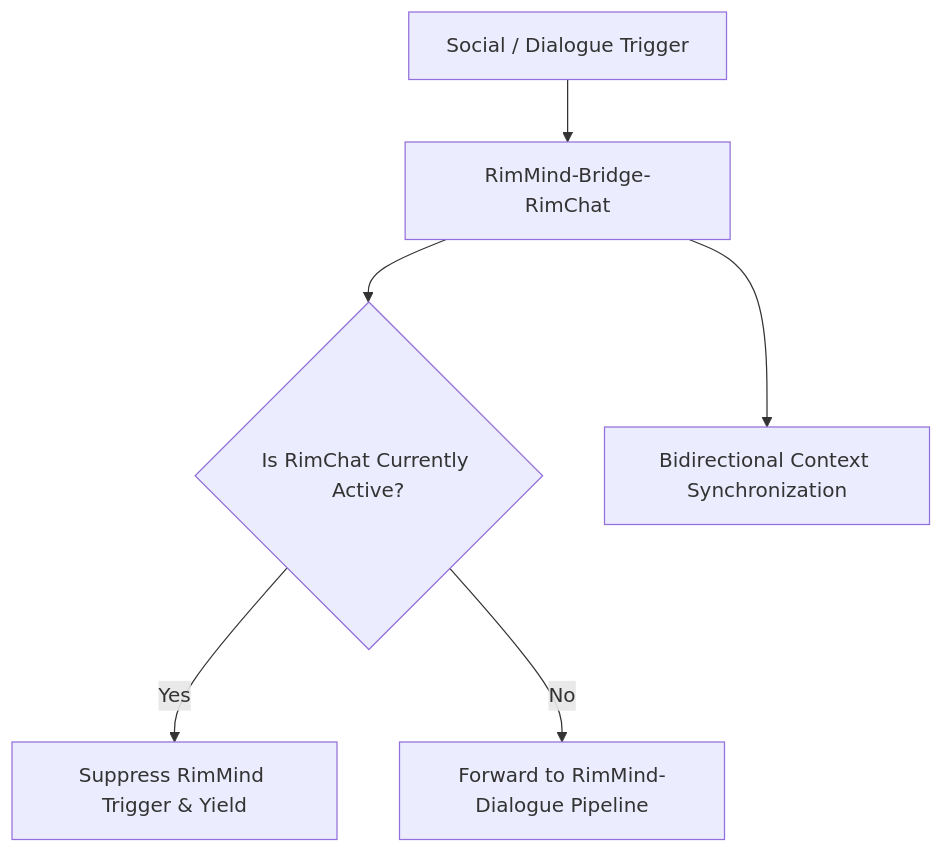
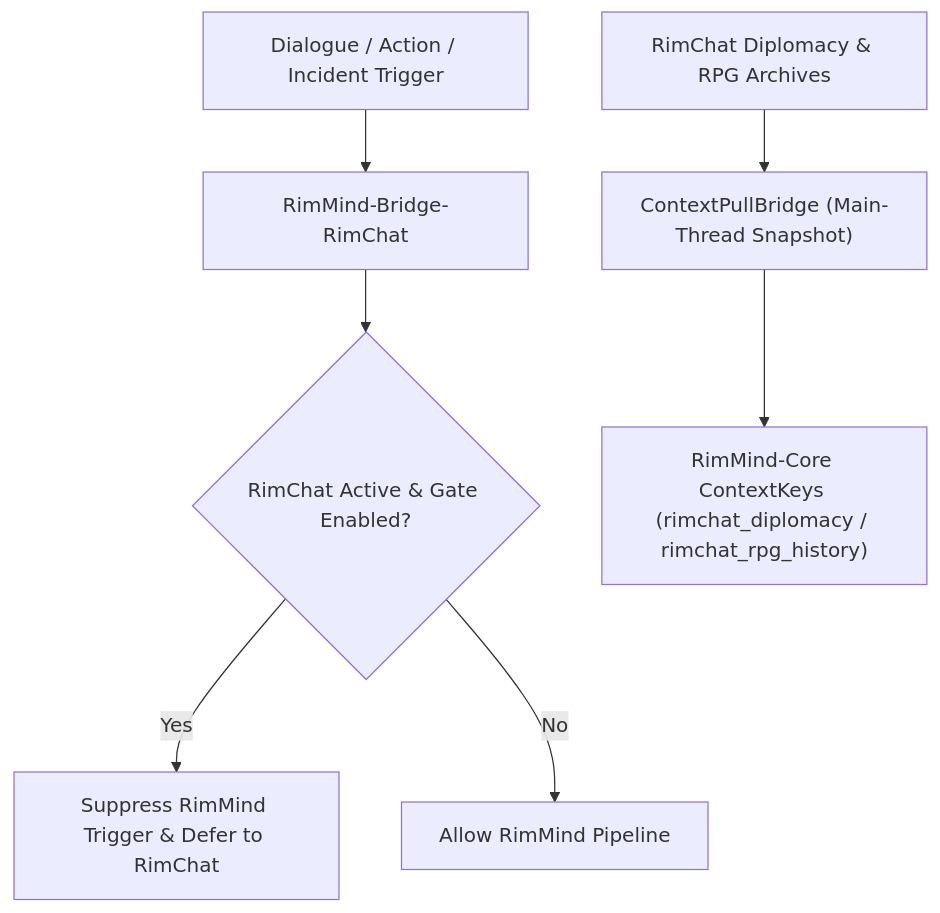
Before and after one commit to RimWorld-RimMind-Mod/RimWorld-RimMind-Mod-Bridge-RimChat: the diagram in README.md, drawn with Mermaid. The commit also changed other lines of this file and 21 other files, not shown here.

First line of the commit message:
fix(bridge-rimchat): fix DiplomacyManager reflection P0, main-thread safety, and sync packaging/docs (#23)

````diff
--- a/README.md
+++ b/README.md
@@ -41,8 +41,9 @@
 ```mermaid
 flowchart TD
-    Event["Social / Dialogue Trigger"] --> Bridge["RimMind-Bridge-RimChat"]
-    Bridge --> Check{"Is RimChat Currently Active?"}
-    Check -- Yes --> Suppress["Suppress RimMind Trigger & Yield"]
-    Check -- No --> Allow["Forward to RimMind-Dialogue Pipeline"]
-    Bridge --> Sync["Bidirectional Context Synchronization"]
+    Event["Dialogue / Action / Incident Trigger"] --> Bridge["RimMind-Bridge-RimChat"]
+    Bridge --> Check{"RimChat Active & Gate Enabled?"}
+    Check -- Yes --> Suppress["Suppress RimMind Trigger & Defer to RimChat"]
+    Check -- No --> Allow["Allow RimMind Pipeline"]
+    RimChatLogs["RimChat Diplomacy & RPG Archives"] --> Pull["ContextPullBridge (Main-Thread Snapshot)"]
+    Pull --> CoreContext["RimMind-Core ContextKeys (rimchat_diplomacy / rimchat_rpg_history)"]
 ```
````
